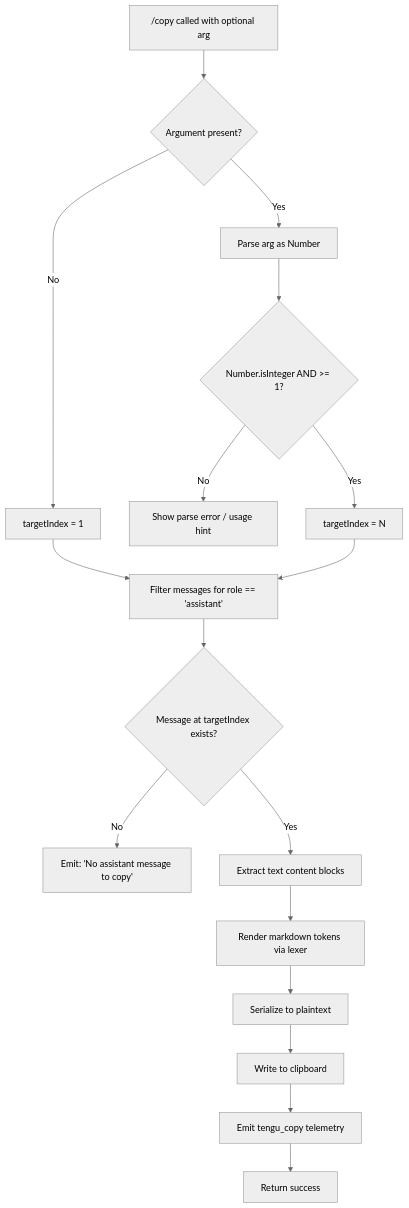
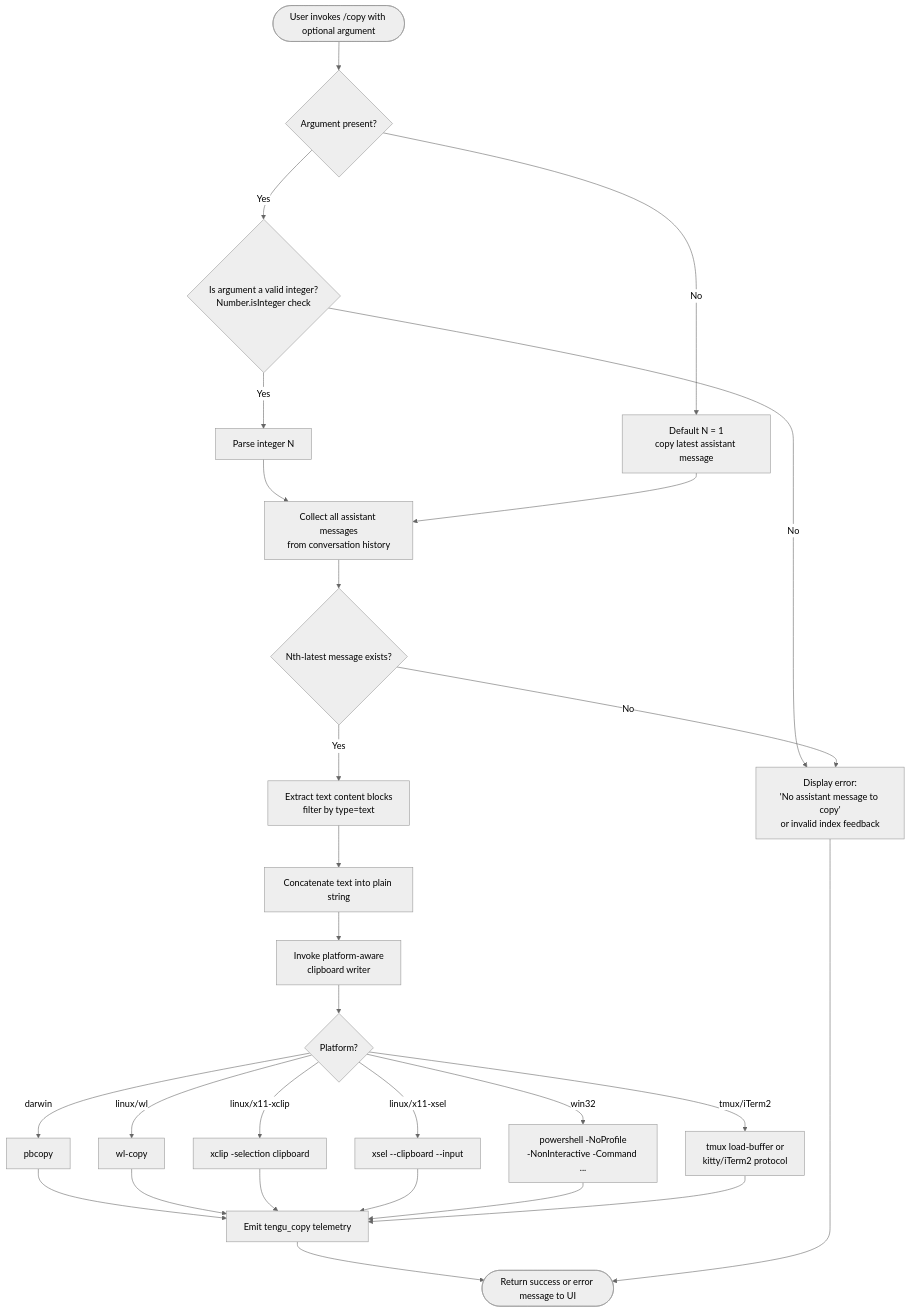
The diagram in versions/v2.1.133/copy.md (MyLittleLuckyDog/cc-gnothi), drawn with Mermaid (neutral theme) before and after one commit. The commit also changed other lines of this file and 95 other files, not shown here.

````diff
--- a/versions/v2.1.133/copy.md
+++ b/versions/v2.1.133/copy.md
@@ -52,19 +54,25 @@
 ```mermaid
 flowchart TD
-    A["/copy called with optional arg"] --> B{Argument present?}
-    B -- No --> C[targetIndex = 1]
-    B -- Yes --> D[Parse arg as Number]
-    D --> E{Number.isInteger AND >= 1?}
-    E -- No --> F[Show parse error / usage hint]
-    E -- Yes --> G[targetIndex = N]
-    C --> H[Filter messages for role == 'assistant']
-    G --> H
-    H --> I{Message at targetIndex exists?}
-    I -- No --> J[Emit: 'No assistant message to copy']
-    I -- Yes --> K[Extract text content blocks]
-    K --> L[Render markdown tokens via lexer]
-    L --> M[Serialize to plaintext]
-    M --> N[Write to clipboard]
-    N --> O[Emit tengu_copy telemetry]
-    O --> P[Return success]
+    A([User invokes /copy with optional argument]) --> B{Argument present?}
+    B -- No --> C[Default N = 1\ncopy latest assistant message]
+    B -- Yes --> D{Is argument a valid integer?\nNumber.isInteger check}
+    D -- No --> E[Display error:\n'No assistant message to copy'\nor invalid index feedback]
+    D -- Yes --> F[Parse integer N]
+    F --> G[Collect all assistant messages\nfrom conversation history]
+    C --> G
+    G --> H{Nth-latest message exists?}
+    H -- No --> E
+    H -- Yes --> I[Extract text content blocks\nfilter by type=text]
+    I --> J[Concatenate text into plain string]
+    J --> K[Invoke platform-aware\nclipboard writer]
+    K --> L{Platform?}
+    L -- darwin --> M[pbcopy]
+    L -- linux/wl --> N[wl-copy]
+    L -- linux/x11-xclip --> O[xclip -selection clipboard]
+    L -- linux/x11-xsel --> P[xsel --clipboard --input]
+    L -- win32 --> Q[powershell -NoProfile\n-NonInteractive -Command ...]
+    L -- tmux/iTerm2 --> R[tmux load-buffer or\nkitty/iTerm2 protocol]
+    M & N & O & P & Q & R --> S[Emit tengu_copy telemetry]
+    S --> T([Return success or error message to UI])
+    E --> T
 ```
````
